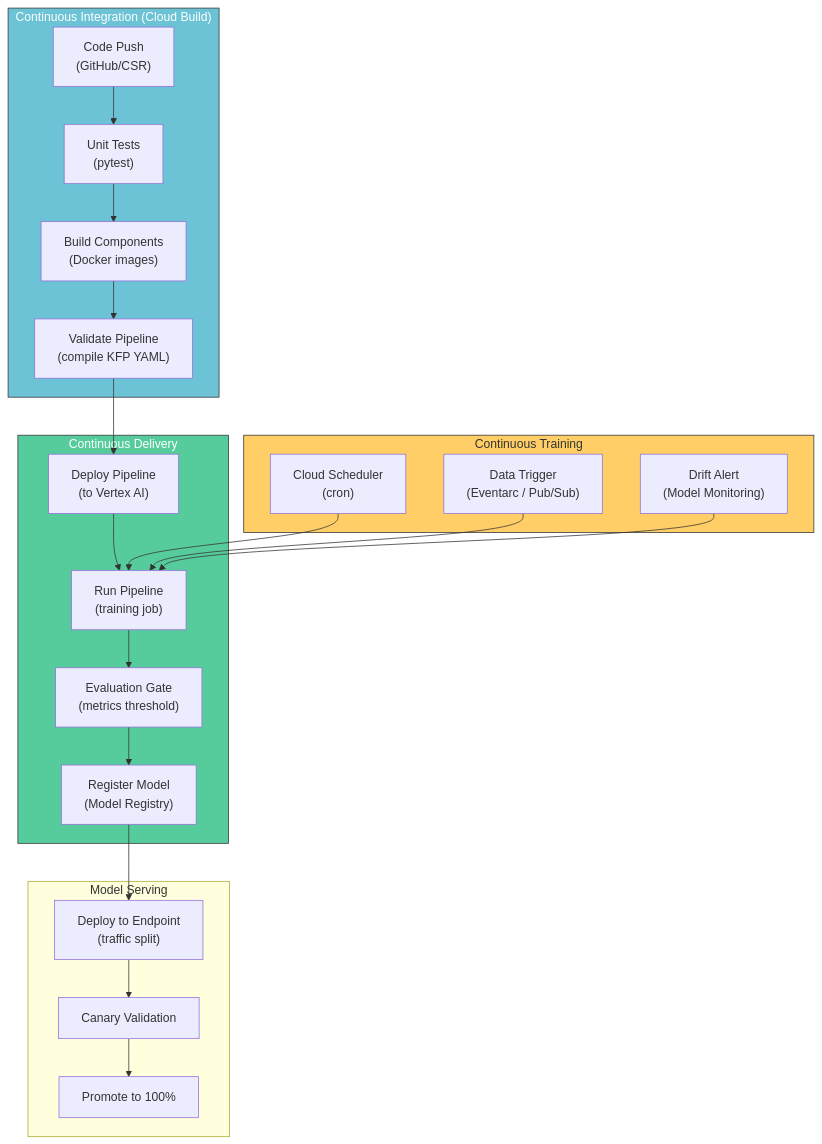
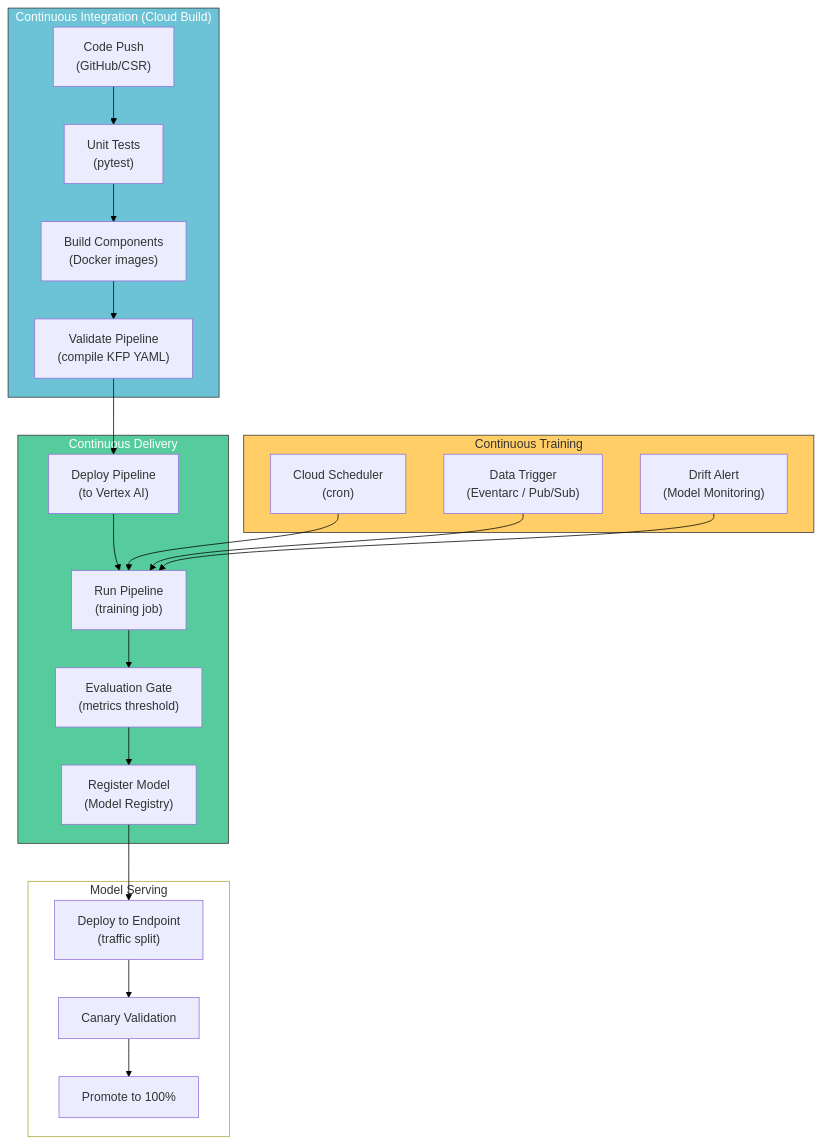
The ninth of 10 diagrams in posts/aiops-interview/MLOps-Interview-QA-3.qmd (tanquangduong/tanquangduong.github.io), drawn with Mermaid before and after one commit. The commit also changed other lines of this file and 204 other files, not shown here.

````diff
--- a/posts/aiops-interview/MLOps-Interview-QA-3.qmd
+++ b/posts/aiops-interview/MLOps-Interview-QA-3.qmd
@@ -918,40 +932,42 @@
 ```{mermaid}
 graph TD
+    linkStyle default stroke:#000,color:#000
     subgraph CI["Continuous Integration (Cloud Build)"]
         PUSH["Code Push<br/>(GitHub/CSR)"]
         TEST["Unit Tests<br/>(pytest)"]
         BUILD["Build Components<br/>(Docker images)"]
         VALIDATE["Validate Pipeline<br/>(compile KFP YAML)"]
     end
 
     subgraph CD["Continuous Delivery"]
         DEPLOY_PIPE["Deploy Pipeline<br/>(to Vertex AI)"]
         RUN_PIPE["Run Pipeline<br/>(training job)"]
         EVAL_GATE["Evaluation Gate<br/>(metrics threshold)"]
         REGISTER["Register Model<br/>(Model Registry)"]
     end
 
     subgraph CT["Continuous Training"]
         SCHEDULE["Cloud Scheduler<br/>(cron)"]
         DATA_TRIGGER["Data Trigger<br/>(Eventarc / Pub/Sub)"]
         DRIFT_TRIGGER["Drift Alert<br/>(Model Monitoring)"]
     end
 
     subgraph CServing["Model Serving"]
         DEPLOY_EP["Deploy to Endpoint<br/>(traffic split)"]
         CANARY["Canary Validation"]
         PROMOTE["Promote to 100%"]
     end
 
     PUSH --> TEST --> BUILD --> VALIDATE
     VALIDATE --> DEPLOY_PIPE --> RUN_PIPE --> EVAL_GATE --> REGISTER
     REGISTER --> DEPLOY_EP --> CANARY --> PROMOTE
 
     SCHEDULE --> RUN_PIPE
     DATA_TRIGGER --> RUN_PIPE
     DRIFT_TRIGGER --> RUN_PIPE
 
     style CI fill:#6cc3d5,stroke:#333,color:#fff
     style CD fill:#56cc9d,stroke:#333,color:#fff
     style CT fill:#ffce67,stroke:#333
+    style CServing fill:#fff
 ```
````
